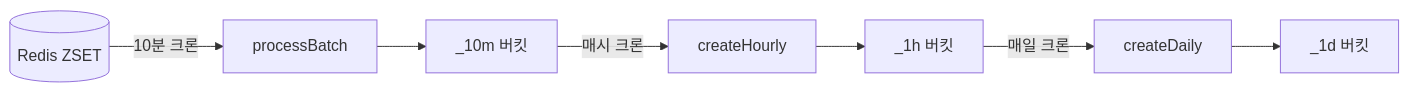
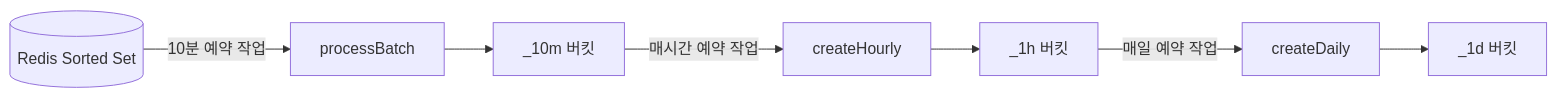
Before and after one commit to inbm-company/geoverse--: the second of 3 diagrams in server/undefined-2.md, drawn with Mermaid. The commit also changed other lines of this file and 4 other files, not shown here.

````diff
--- a/server/undefined-2.md
+++ b/server/undefined-2.md
@@ -216,6 +276,6 @@
 ```mermaid
 flowchart LR
-    RD[(Redis ZSET)] -->|10분 크론| B1[processBatch] --> M10[_10m 버킷]
-    M10 -->|매시 크론| B2[createHourly] --> M1H[_1h 버킷]
-    M1H -->|매일 크론| B3[createDaily] --> M1D[_1d 버킷]
+    RD[(Redis Sorted Set)] -->|10분 예약 작업| B1[processBatch] --> M10[_10m 버킷]
+    M10 -->|매시간 예약 작업| B2[createHourly] --> M1H[_1h 버킷]
+    M1H -->|매일 예약 작업| B3[createDaily] --> M1D[_1d 버킷]
 ```
````
